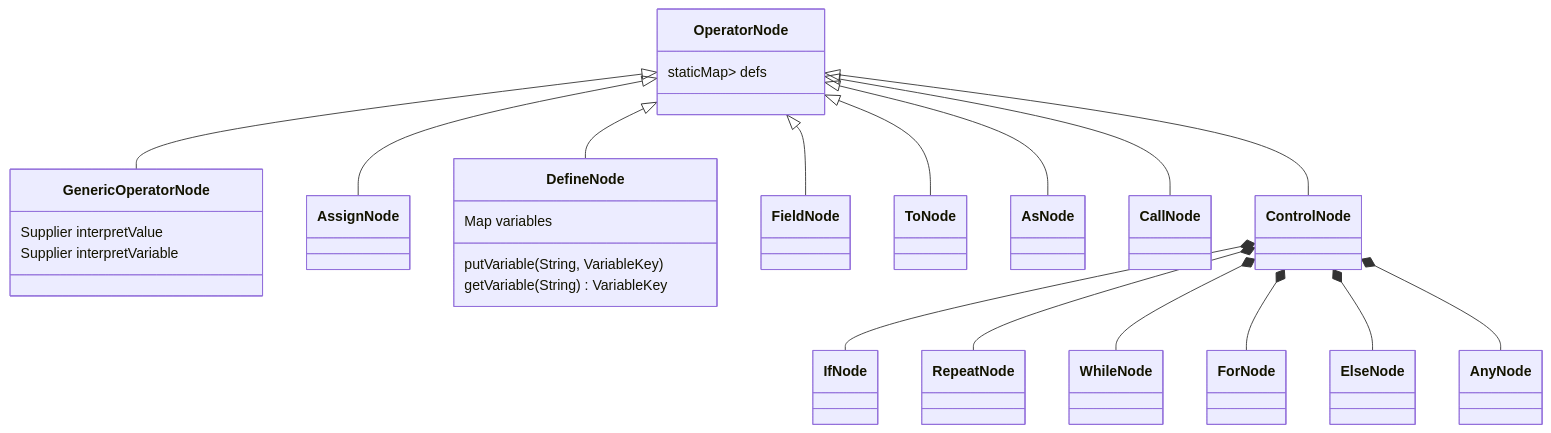
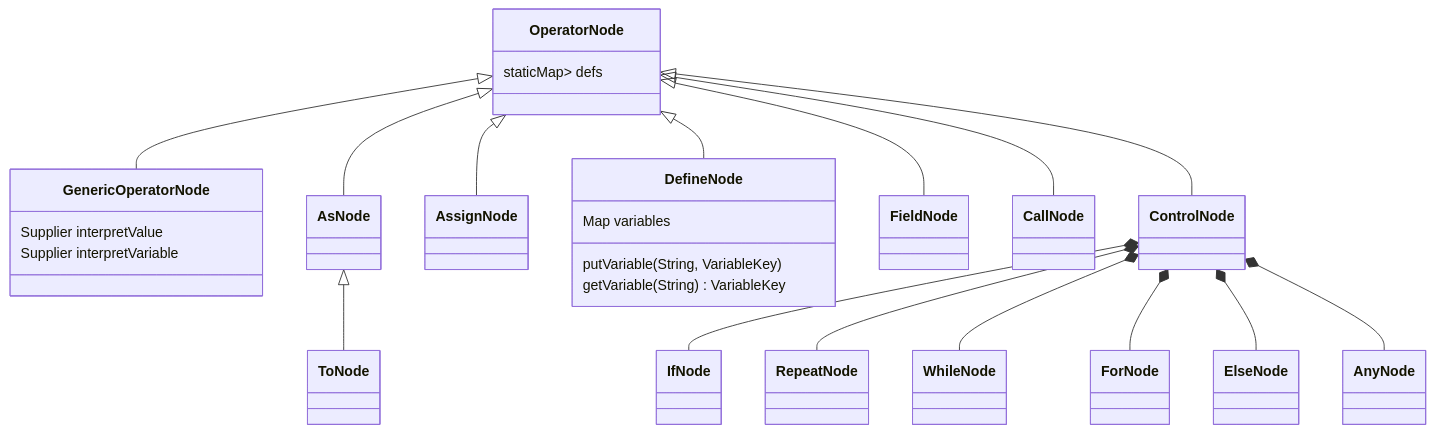
Before and after one commit to Jzhyang1/Monomer: the third of 5 diagrams in Implementation.md, drawn with Mermaid. The commit also changed other lines of this file, not shown here.

Commit message:
Implementation.md updated from https://stackedit.io/

````diff
--- a/Implementation.md
+++ b/Implementation.md
@@ -150,26 +150,26 @@
 ```mermaid
 classDiagram
 OperatorNode <|-- GenericOperatorNode
+OperatorNode <|-- AsNode
+AsNode <|-- ToNode
 OperatorNode <|-- AssignNode
 OperatorNode <|-- DefineNode
 OperatorNode <|-- FieldNode
-OperatorNode <|-- ToNode
-OperatorNode <|-- AsNode
 OperatorNode <|-- CallNode
 OperatorNode <|-- ControlNode
 ControlNode *-- IfNode
 ControlNode *-- RepeatNode
 ControlNode *-- WhileNode
 ControlNode *-- ForNode
 ControlNode *-- ElseNode
 ControlNode *-- AnyNode
 
 OperatorNode: staticMap<String,Supplier<OperatorNode>> defs
 
 GenericOperatorNode: Supplier<InterpretValue> interpretValue
 GenericOperatorNode: Supplier<InterpretVariable> interpretVariable
 
 DefineNode: Map<String,VariableKey> variables
 DefineNode: putVariable(String, VariableKey)
 DefineNode: getVariable(String) VariableKey
 ```
````
